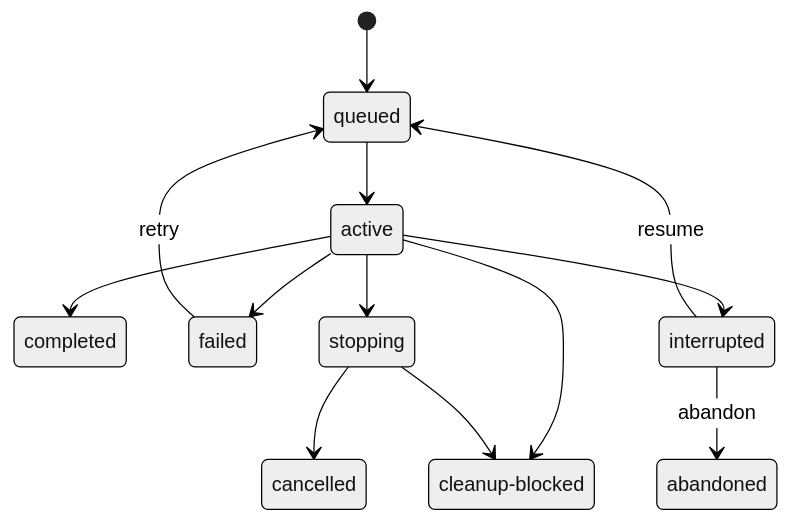
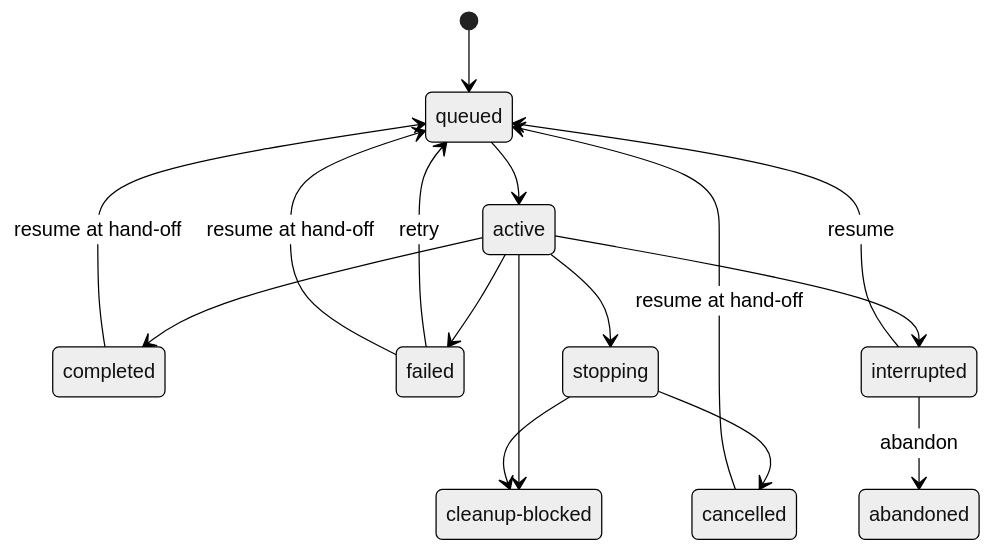
Before and after one commit to vegardx/pi-subagent: the diagram in docs/contracts.md, drawn with Mermaid (neutral theme). The commit also changed other lines of this file and 13 other files, not shown here.

````diff
--- a/docs/contracts.md
+++ b/docs/contracts.md
@@ -705,16 +745,19 @@
 ```mermaid
 stateDiagram-v2
     [*] --> queued
     queued --> active
     active --> completed
     active --> failed
     active --> interrupted
     active --> stopping
     stopping --> cancelled
     active --> cleanupBlocked
     stopping --> cleanupBlocked
     cleanupBlocked: cleanup-blocked
     failed --> queued: retry
     interrupted --> queued: resume
+    completed --> queued: resume at hand-off
+    failed --> queued: resume at hand-off
+    cancelled --> queued: resume at hand-off
     interrupted --> abandoned: abandon
 ```
````
